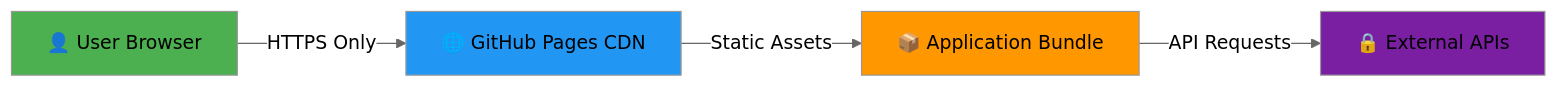
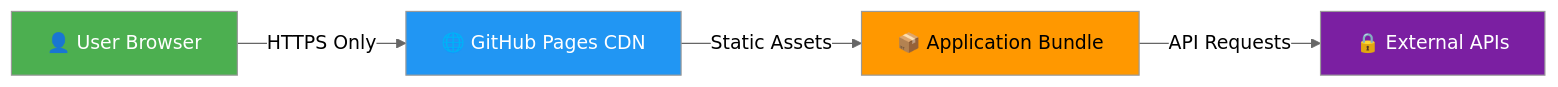
Before and after one commit to Hack23/cia-compliance-manager: the third of 9 diagrams in ISMS_IMPLEMENTATION_GUIDE.md, drawn with Mermaid (neutral theme). The commit also changed other lines of this file and 3 other files, not shown here.

````diff
--- a/ISMS_IMPLEMENTATION_GUIDE.md
+++ b/ISMS_IMPLEMENTATION_GUIDE.md
@@ -320,11 +320,11 @@
 ```mermaid
 graph LR
     A[👤 User Browser] -->|HTTPS Only| B[🌐 GitHub Pages CDN]
     B -->|Static Assets| C[📦 Application Bundle]
     C -->|API Requests| D[🔒 External APIs]
     
-    style A fill:#4CAF50
-    style B fill:#2196F3
-    style C fill:#FF9800
-    style D fill:#7B1FA2
+    style A fill:#4CAF50,color:#ffffff
+    style B fill:#2196F3,color:#ffffff
+    style C fill:#FF9800,color:#000000
+    style D fill:#7B1FA2,color:#ffffff
 ```
````
